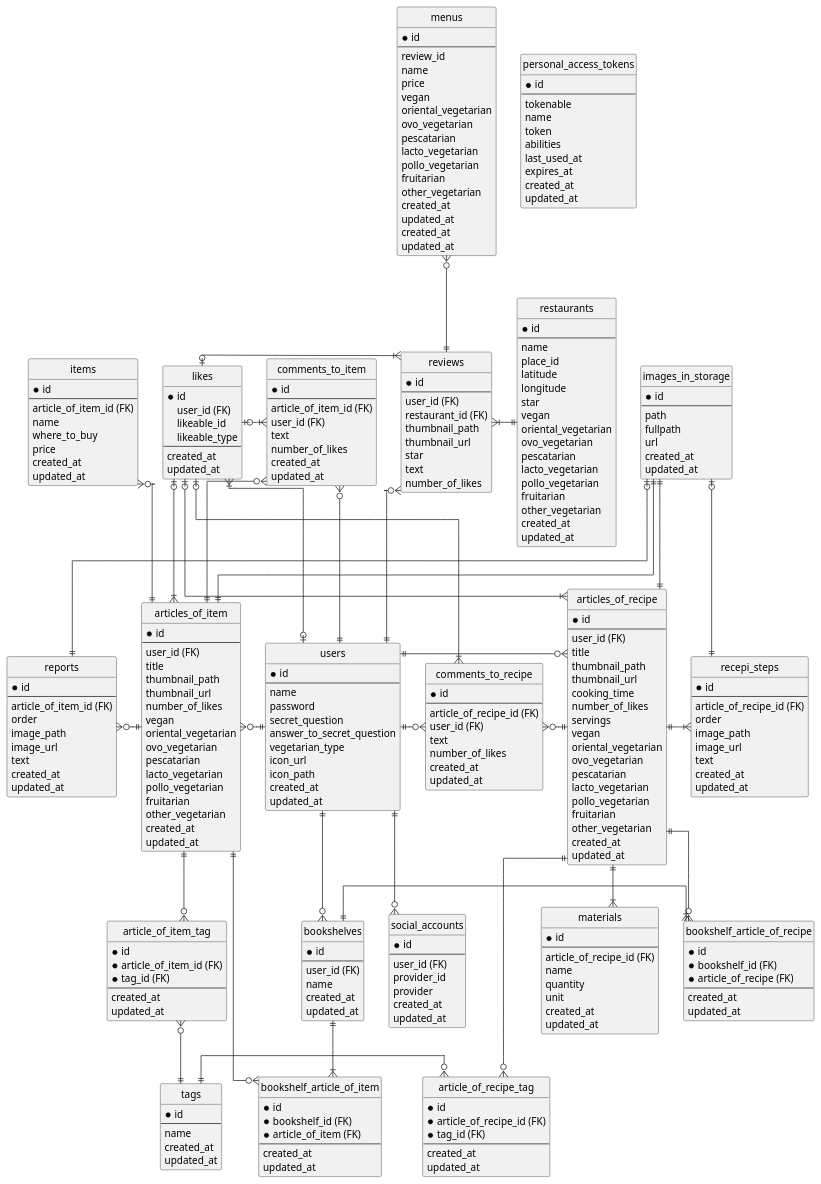
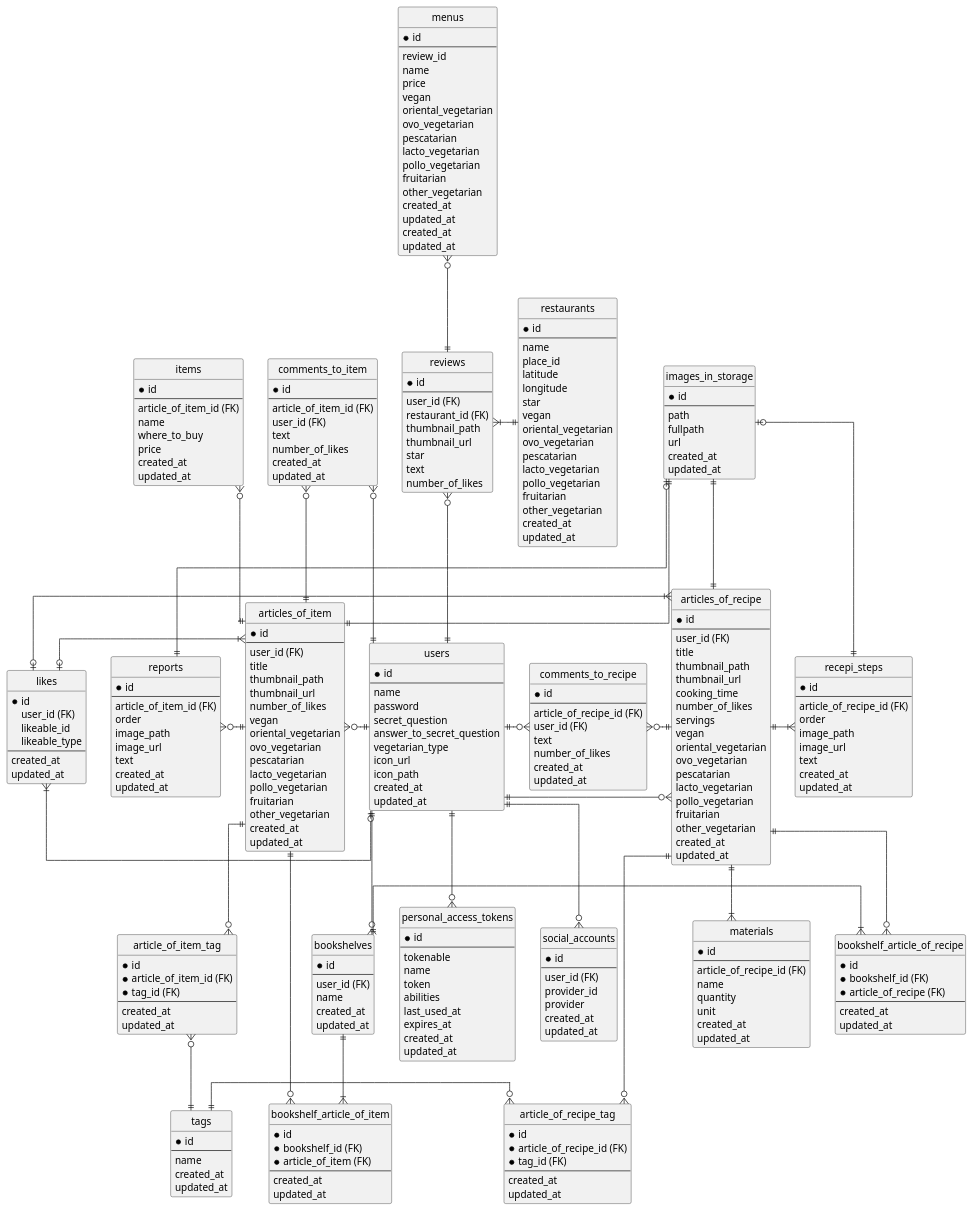
Before and after one commit to SayuriOkuyama/Original: the diagram in documents/er.pu, drawn with PlantUML.

Commit message:
テーブル定義書、ER図修正

```diff
--- a/documents/er.pu
+++ b/documents/er.pu
@@ -278,6 +278,7 @@
   updated_at
 }
 
+users ||--o{ personal_access_tokens
 users ||--o{ social_accounts
 users ||-r-o{ articles_of_recipe
 articles_of_recipe ||-r-|{ recepi_steps
@@ -304,9 +305,6 @@
 users |o-l-|{ likes
 likes |o-r-|{ articles_of_recipe
 likes |o-r-|{ articles_of_item
-likes |o-r-|{ comments_to_recipe
-likes |o-r-|{ comments_to_item
-likes |o-r-|{ reviews
 images_in_storage ||--|| articles_of_recipe
 images_in_storage||--|| articles_of_item
 images_in_storage |o-r-|| recepi_steps
```
